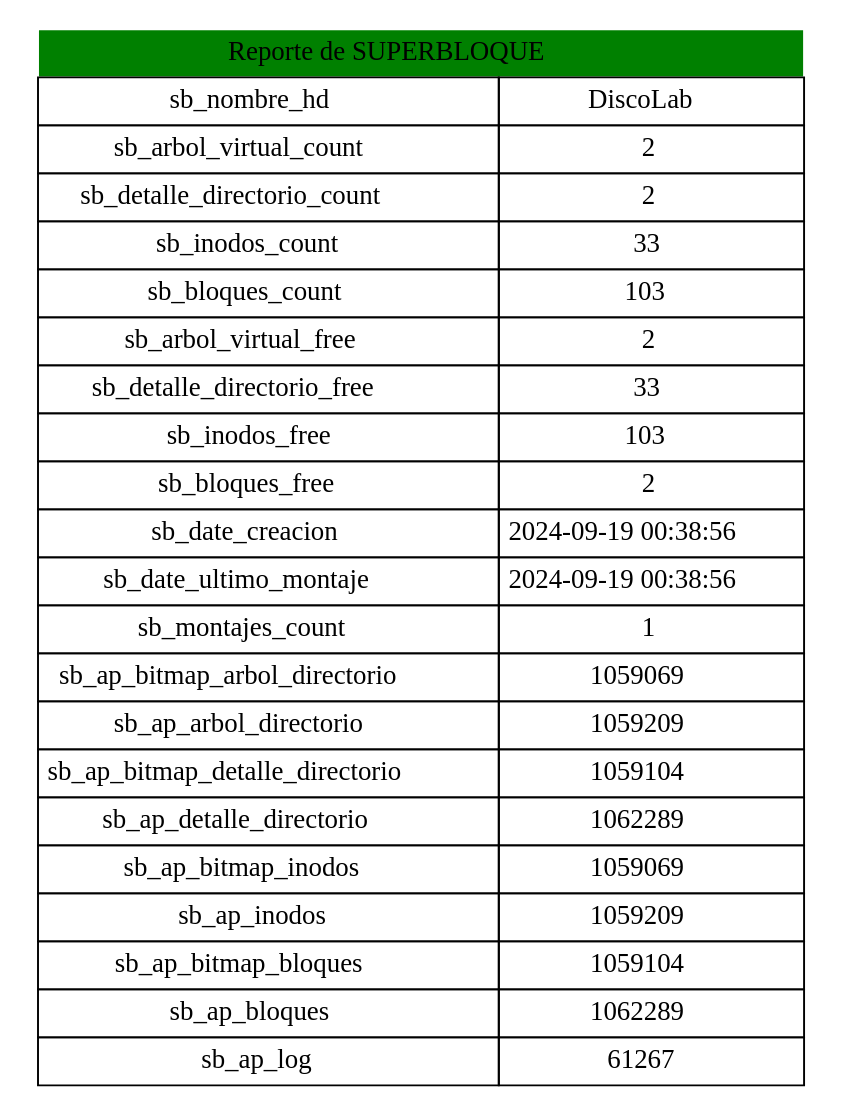
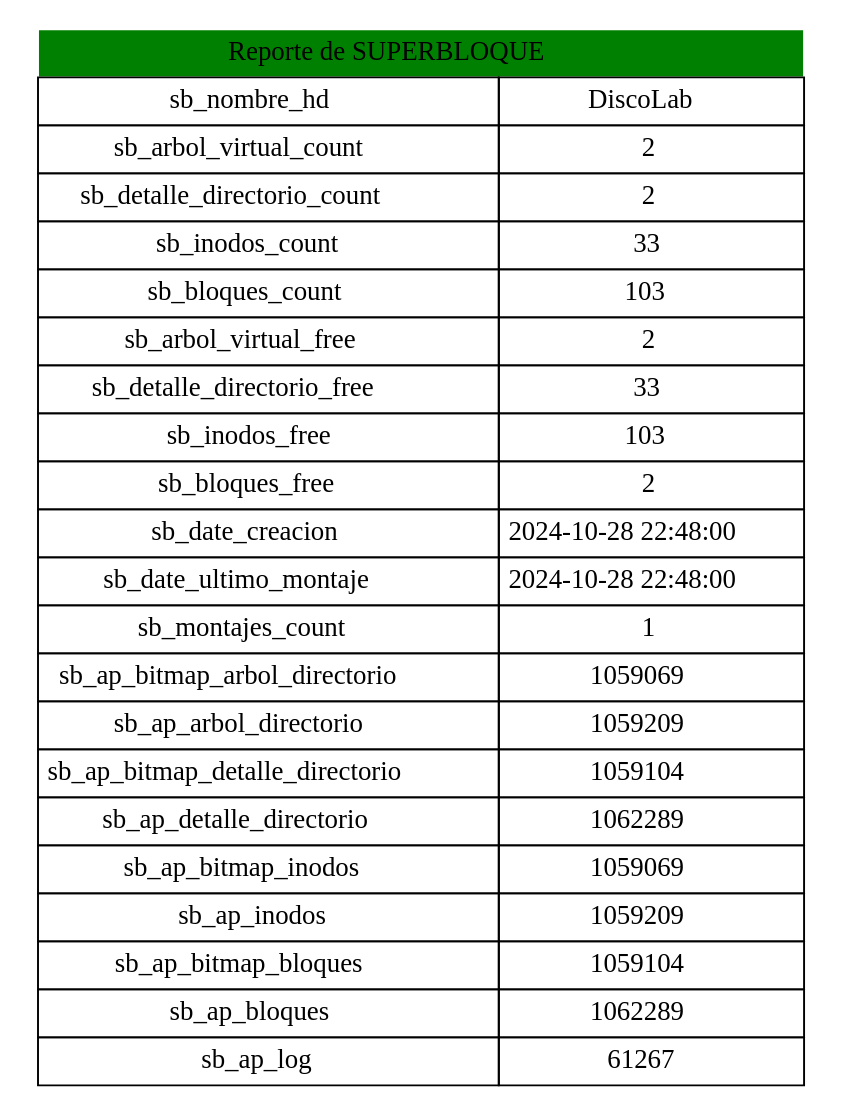
The diagram in PROYECTO/backend/salidas/report_sb.dot (FJVicVel03/MIA_2S_P1_202111576), drawn with Graphviz before and after one commit. The commit also changed 10 other files, not shown here.

```diff
--- a/PROYECTO/backend/salidas/report_sb.dot
+++ b/PROYECTO/backend/salidas/report_sb.dot
@@ -1,27 +1,27 @@
 digraph G {
         node [shape=plaintext]
         tabla [label=<
             <table border="0" cellborder="1" cellspacing="0" cellpadding="4">
                 <tr><td colspan="2" bgcolor="green" color="white">Reporte de SUPERBLOQUE</td></tr>
                 <tr><td>sb_nombre_hd</td><td>DiscoLab</td></tr>
                 <tr><td>sb_arbol_virtual_count</td><td>2</td></tr>
                 <tr><td>sb_detalle_directorio_count</td><td>2</td></tr>
                 <tr><td>sb_inodos_count</td><td>33</td></tr>
                 <tr><td>sb_bloques_count</td><td>103</td></tr>
                 <tr><td>sb_arbol_virtual_free</td><td>2</td></tr>
                 <tr><td>sb_detalle_directorio_free</td><td>33</td></tr>
                 <tr><td>sb_inodos_free</td><td>103</td></tr>
                 <tr><td>sb_bloques_free</td><td>2</td></tr>
-                <tr><td>sb_date_creacion</td><td>2024-09-19 00:38:56</td></tr>
-                <tr><td>sb_date_ultimo_montaje</td><td>2024-09-19 00:38:56</td></tr>
+                <tr><td>sb_date_creacion</td><td>2024-10-28 22:48:00</td></tr>
+                <tr><td>sb_date_ultimo_montaje</td><td>2024-10-28 22:48:00</td></tr>
                 <tr><td>sb_montajes_count</td><td>1</td></tr>
                 <tr><td>sb_ap_bitmap_arbol_directorio</td><td>1059069</td></tr>
                 <tr><td>sb_ap_arbol_directorio</td><td>1059209</td></tr>
                 <tr><td>sb_ap_bitmap_detalle_directorio</td><td>1059104</td></tr>
                 <tr><td>sb_ap_detalle_directorio</td><td>1062289</td></tr>
                 <tr><td>sb_ap_bitmap_inodos</td><td>1059069</td></tr>
                 <tr><td>sb_ap_inodos</td><td>1059209</td></tr>
                 <tr><td>sb_ap_bitmap_bloques</td><td>1059104</td></tr>
                 <tr><td>sb_ap_bloques</td><td>1062289</td></tr>
                 <tr><td>sb_ap_log</td><td>61267</td></tr>
             </table>>] }
```
